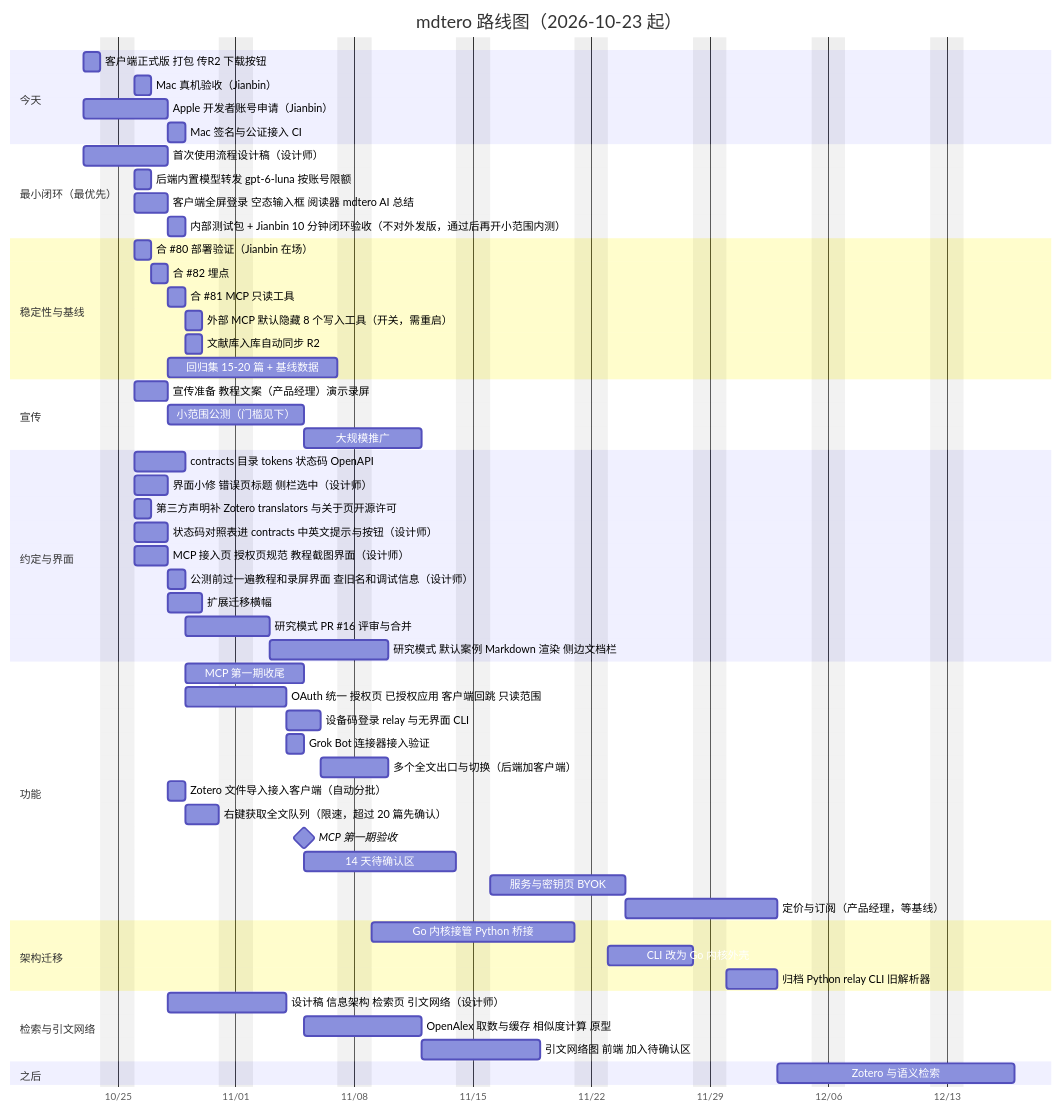
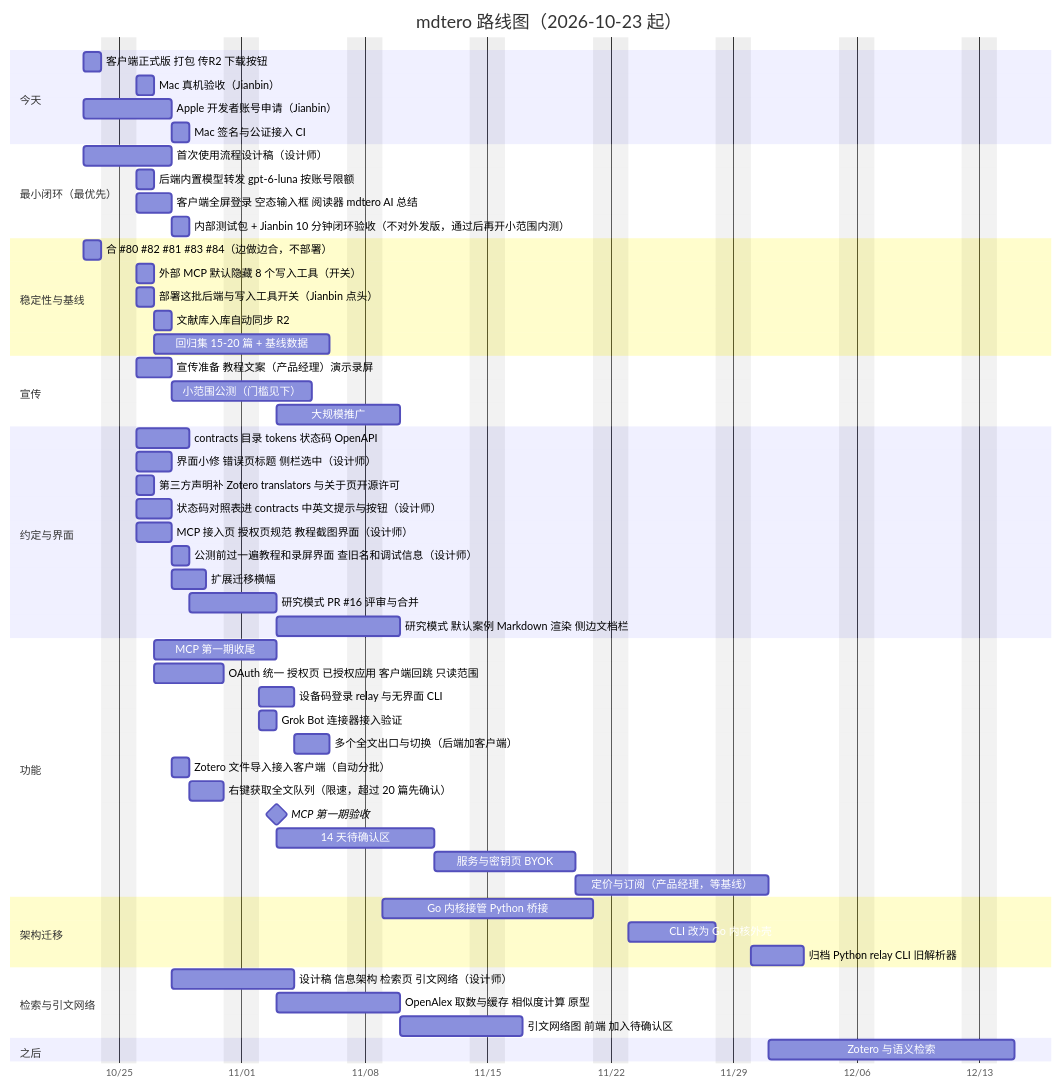
One commit to JonbinC/doi2md changed the diagram in docs/roadmap/gantt.md. Above: the diagram before and after it, drawn with Mermaid. The commit also changed 1 other file, not shown here.

Commit message:
docs: sync PRD (minimal loop, merge-as-you-go) and gantt

````diff
--- a/docs/roadmap/gantt.md
+++ b/docs/roadmap/gantt.md
@@ -2,60 +2,59 @@
 ```mermaid
 gantt
     title mdtero 路线图（2026-10-23 起）
     dateFormat YYYY-MM-DD
     axisFormat %m/%d
     excludes weekends
     section 今天
     客户端正式版 打包 传R2 下载按钮      :a1, 2026-10-23, 1d
     Mac 真机验收（Jianbin）               :a2, after a1, 1d
     Apple 开发者账号申请（Jianbin）       :a3, 2026-10-23, 3d
     Mac 签名与公证接入 CI                 :a4, after a3, 1d
     section 最小闭环（最优先）
     首次使用流程设计稿（设计师）           :m1, 2026-10-23, 3d
     后端内置模型转发 gpt-6-luna 按账号限额  :m2, 2026-10-26, 1d
     客户端全屏登录 空态输入框 阅读器 mdtero AI 总结 :m3, 2026-10-26, 2d
     内部测试包 + Jianbin 10 分钟闭环验收（不对外发版，通过后再开小范围内测） :m4, after m3, 1d
     section 稳定性与基线
-    合 #80 部署验证（Jianbin 在场）        :b1, 2026-10-26, 1d
-    合 #82 埋点                           :b2, after b1, 1d
-    合 #81 MCP 只读工具                   :b3, after b2, 1d
-    外部 MCP 默认隐藏 8 个写入工具（开关，需重启）  :b6, after b3, 1d
+    合 #80 #82 #81 #83 #84（边做边合，不部署）  :b1, 2026-10-23, 1d
+    外部 MCP 默认隐藏 8 个写入工具（开关）      :b6, after b1, 1d
+    部署这批后端与写入工具开关（Jianbin 点头） :b3, 2026-10-26, 1d
     文献库入库自动同步 R2                  :b5, after b3, 1d
-    回归集 15-20 篇 + 基线数据             :b4, after b2, 8d
+    回归集 15-20 篇 + 基线数据             :b4, after b3, 8d
     section 宣传
     宣传准备 教程文案（产品经理）演示录屏    :p1, 2026-10-26, 2d
     小范围公测（门槛见下）                 :p2, 2026-10-28, 6d
     大规模推广                            :p3, after d4, 5d
     section 约定与界面
     contracts 目录 tokens 状态码 OpenAPI  :c1, 2026-10-26, 3d
     界面小修 错误页标题 侧栏选中（设计师） :c2, 2026-10-26, 2d
     第三方声明补 Zotero translators 与关于页开源许可 :c9, 2026-10-26, 1d
     状态码对照表进 contracts 中英文提示与按钮（设计师） :c5, 2026-10-26, 2d
     MCP 接入页 授权页规范 教程截图界面（设计师） :c6, 2026-10-26, 2d
     公测前过一遍教程和录屏界面 查旧名和调试信息（设计师） :c7, after c6, 1d
     扩展迁移横幅                          :c4, 2026-10-28, 2d
     研究模式 PR #16 评审与合并             :c3, after c1, 3d
     研究模式 默认案例 Markdown 渲染 侧边文档栏 :c8, after c3, 5d
     section 功能
     MCP 第一期收尾                         :d1, after b3, 5d
     OAuth 统一 授权页 已授权应用 客户端回跳 只读范围 :o1, after b3, 4d
     设备码登录 relay 与无界面 CLI               :o2, after o1, 2d
     Grok Bot 连接器接入验证                    :g1, after o1, 1d
     多个全文出口与切换（后端加客户端）          :r1, after o2, 2d
     Zotero 文件导入接入客户端（自动分批）       :z1, after m3, 1d
     右键获取全文队列（限速，超过 20 篇先确认）     :z2, after z1, 2d
     MCP 第一期验收                         :milestone, d4, after d1 o1 g1 a4, 0d
     14 天待确认区                          :d2, after d4, 7d
     服务与密钥页 BYOK                      :d3, after d2, 6d
     定价与订阅（产品经理，等基线）          :d5, after d3, 7d
     section 架构迁移
     Go 内核接管 Python 桥接                :e1, 2026-11-09, 10d
     CLI 改为 Go 内核外壳                   :e2, after e1, 5d
     归档 Python relay CLI 旧解析器         :e3, after e2, 3d
     section 检索与引文网络
     设计稿 信息架构 检索页 引文网络（设计师） :s1, 2026-10-28, 5d
     OpenAlex 取数与缓存 相似度计算 原型       :s2, after d4, 5d
     引文网络图 前端 加入待确认区               :s3, after s2, 5d
     section 之后
     Zotero 与语义检索                      :f1, after d5, 10d
 ```
````
